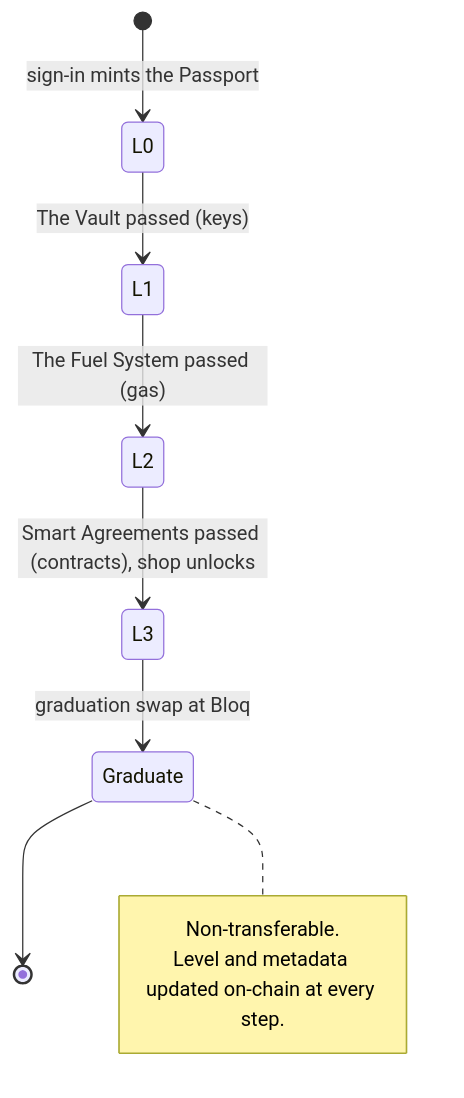
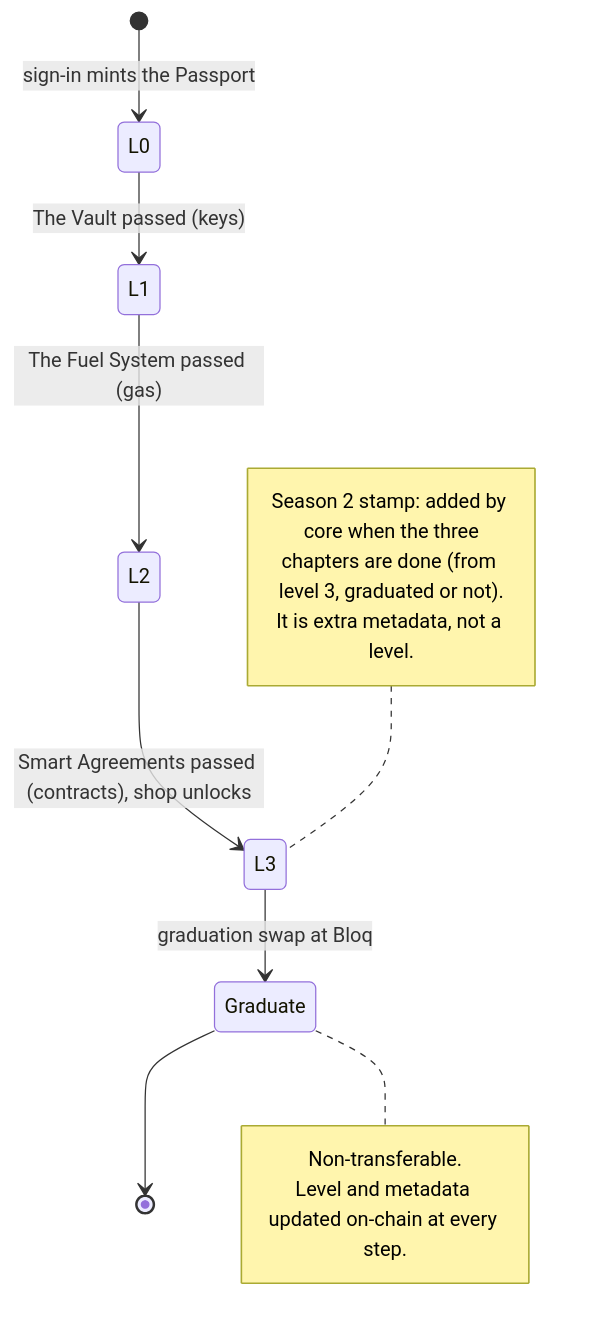
One commit to 1AdiTech1/bloqvia changed the sixth of 9 diagrams in docs/FLOWS.md. Above: the diagram before and after it, drawn with Mermaid. The commit also changed other lines of this file and 1 other file, not shown here.

First line of the commit message:
README and FLOWS: Season 2, the Passport stamp, how to check it on chain

````diff
--- a/docs/FLOWS.md
+++ b/docs/FLOWS.md
@@ -165,13 +165,18 @@
 ```mermaid
 stateDiagram-v2
     [*] --> L0: sign-in mints the Passport
     L0 --> L1: The Vault passed (keys)
     L1 --> L2: The Fuel System passed (gas)
     L2 --> L3: Smart Agreements passed (contracts), shop unlocks
     L3 --> Graduate: graduation swap at Bloq
     Graduate --> [*]
     note right of Graduate
         Non-transferable.
         Level and metadata updated on-chain at every step.
     end note
+    note left of L3
+        Season 2 stamp: added by core when the three
+        chapters are done (from level 3, graduated or not).
+        It is extra metadata, not a level.
+    end note
 ```
````
